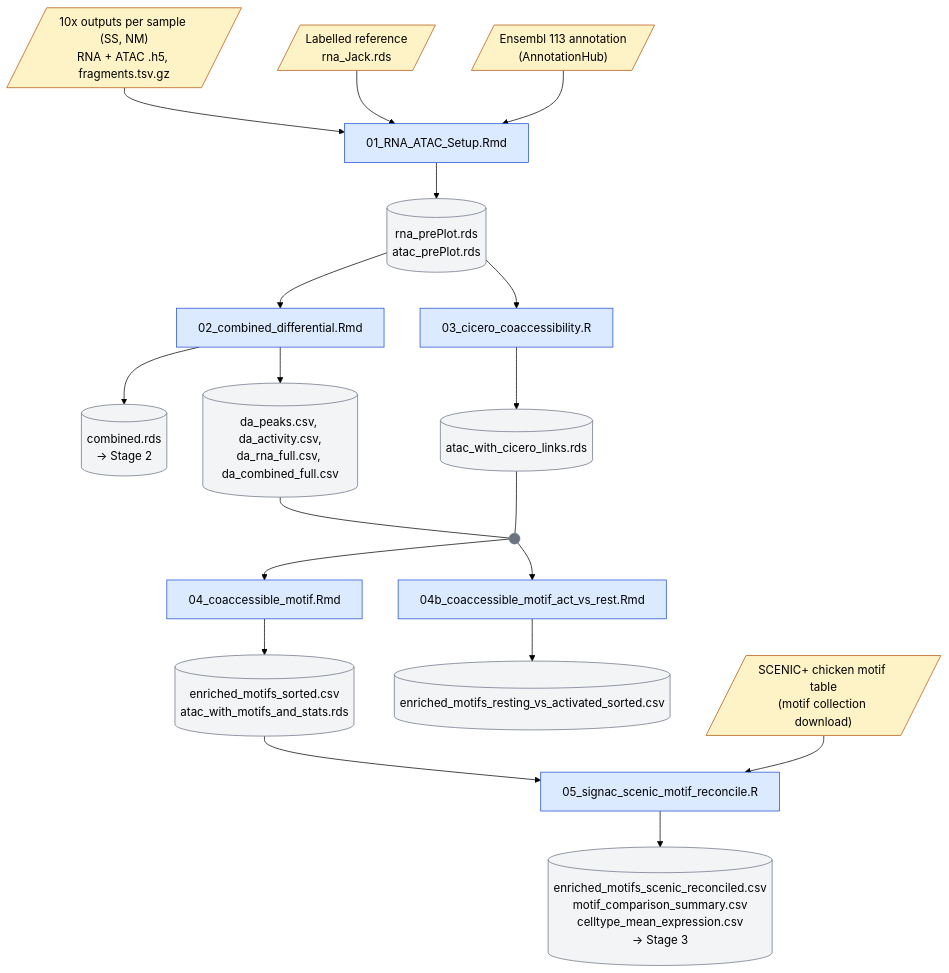
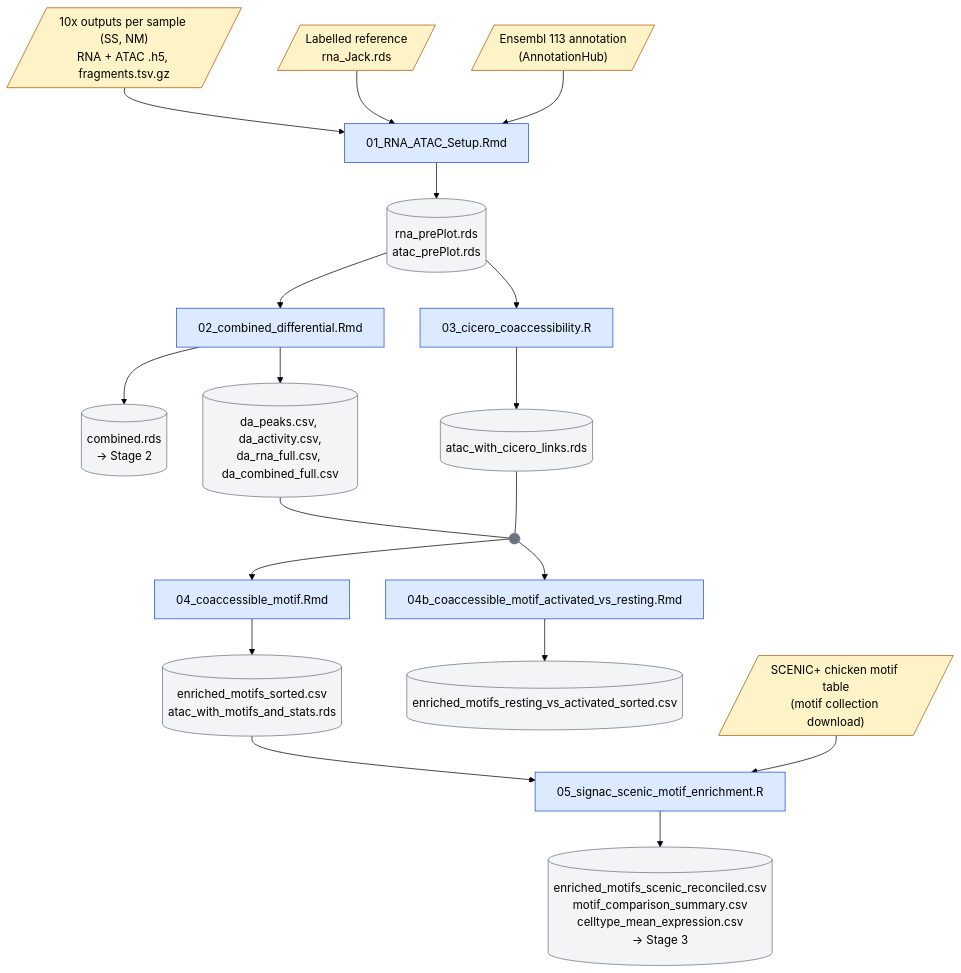
The second of 5 diagrams in README.md (twig28/fischer-lab-retinal-analysis), drawn with Mermaid (forest theme) before and after one commit. The commit also changed other lines of this file and 1 other file, not shown here.

````diff
--- a/README.md
+++ b/README.md
@@ -76,38 +81,38 @@
 ```mermaid
 flowchart TD
     raw[/"10x outputs per sample (SS, NM)<br/>RNA + ATAC .h5, fragments.tsv.gz"/]:::input
     ref[/"Labelled reference<br/>rna_Jack.rds"/]:::input
     ann[/"Ensembl 113 annotation<br/>(AnnotationHub)"/]:::input
 
     s1["01_RNA_ATAC_Setup.Rmd"]:::script
     raw --> s1
     ref --> s1
     ann --> s1
     s1 --> pre[("rna_prePlot.rds<br/>atac_prePlot.rds")]:::obj
 
     pre --> s2["02_combined_differential.Rmd"]:::script
     pre --> s3["03_cicero_coaccessibility.R"]:::script
 
     s2 --> comb[("combined.rds<br/>→ Stage 2")]:::obj
     s2 --> da[("da_peaks.csv, da_activity.csv,<br/>da_rna_full.csv, da_combined_full.csv")]:::obj
     s3 --> cic[("atac_with_cicero_links.rds")]:::obj
 
     da --- j(( )):::junction
     cic --- j
     j --> s4["04_coaccessible_motif.Rmd"]:::script
-    j --> s4b["04b_coaccessible_motif_act_vs_rest.Rmd"]:::script
+    j --> s4b["04b_coaccessible_motif_activated_vs_resting.Rmd"]:::script
 
     s4 --> mot[("enriched_motifs_sorted.csv<br/>atac_with_motifs_and_stats.rds")]:::obj
     s4b --> motb[("enriched_motifs_resting_vs_activated_sorted.csv")]:::obj
 
     tbl[/"SCENIC+ chicken motif table<br/>(motif collection download)"/]:::input
-    mot --> s5["05_signac_scenic_motif_reconcile.R"]:::script
+    mot --> s5["05_signac_scenic_motif_enrichment.R"]:::script
     tbl --> s5
     s5 --> rec[("enriched_motifs_scenic_reconciled.csv<br/>motif_comparison_summary.csv<br/>celltype_mean_expression.csv<br/>→ Stage 3")]:::obj
 
     classDef input fill:#fef3c7,stroke:#b45309,color:#000
     classDef script fill:#dbeafe,stroke:#1d4ed8,color:#000
     classDef notebook fill:#ede9fe,stroke:#6d28d9,color:#000
     classDef obj fill:#f3f4f6,stroke:#6b7280,color:#000
     classDef junction fill:#6b7280,stroke:#6b7280
 ```
````
